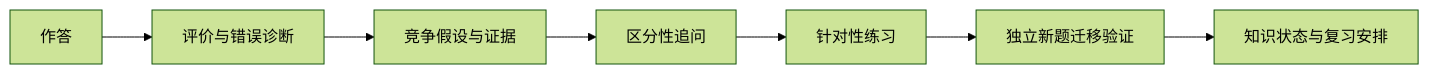
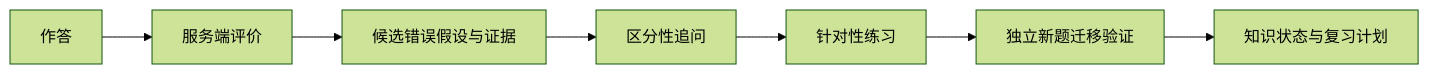
The diagram in README.md (KaoruMiyagawa/UnlearnLoop), drawn with Mermaid (forest theme) before and after one commit. The commit also changed other lines of this file and 1 other file, not shown here.

````diff
--- a/README.md
+++ b/README.md
@@ -24,9 +17,9 @@
 ```mermaid
 flowchart LR
-    A[作答] --> B[评价与错误诊断]
-    B --> C[竞争假设与证据]
+    A[作答] --> B[服务端评价]
+    B --> C[候选错误假设与证据]
     C --> D[区分性追问]
     D --> E[针对性练习]
     E --> F[独立新题迁移验证]
-    F --> G[知识状态与复习安排]
+    F --> G[知识状态与复习计划]
 ```
````
